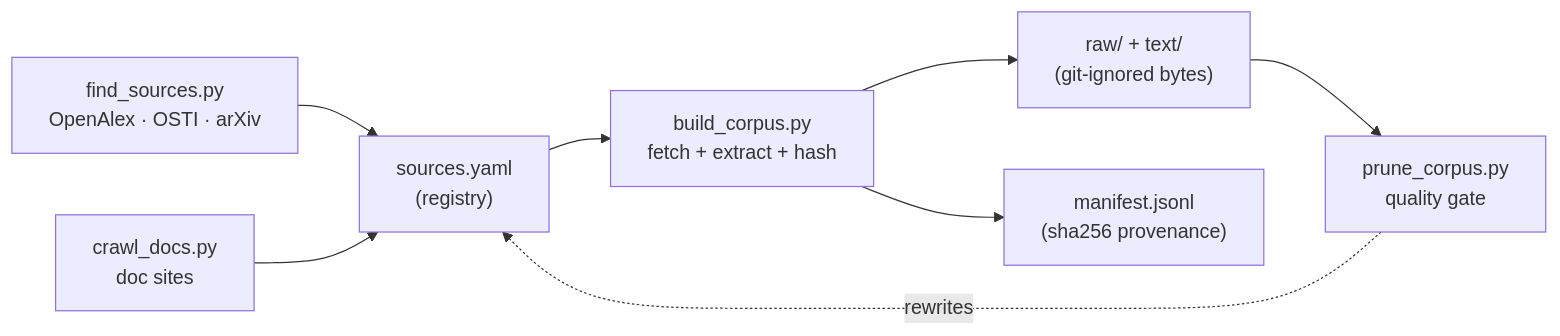
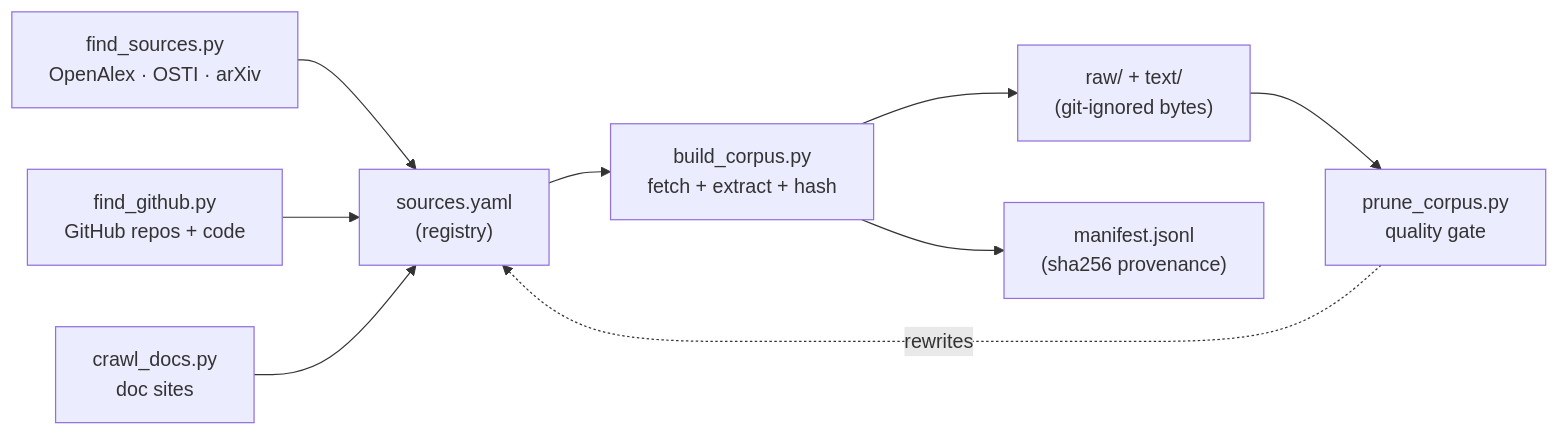
One commit to OpenNekaise/nekaise-corpus changed the diagram in README.md. Above: the diagram before and after it, drawn with Mermaid. The commit also changed other lines of this file and 3 other files, not shown here.

````diff
--- a/README.md
+++ b/README.md
@@ -68,10 +71,11 @@
 ```mermaid
 flowchart LR
     F["find_sources.py<br/>OpenAlex · OSTI · arXiv"] --> S
+    G["find_github.py<br/>GitHub repos + code"] --> S
     C["crawl_docs.py<br/>doc sites"] --> S
     S["sources.yaml<br/>(registry)"] --> B["build_corpus.py<br/>fetch + extract + hash"]
     B --> D["raw/ + text/<br/>(git-ignored bytes)"]
     B --> M["manifest.jsonl<br/>(sha256 provenance)"]
     D --> P["prune_corpus.py<br/>quality gate"]
     P -. "rewrites" .-> S
 ```
````
